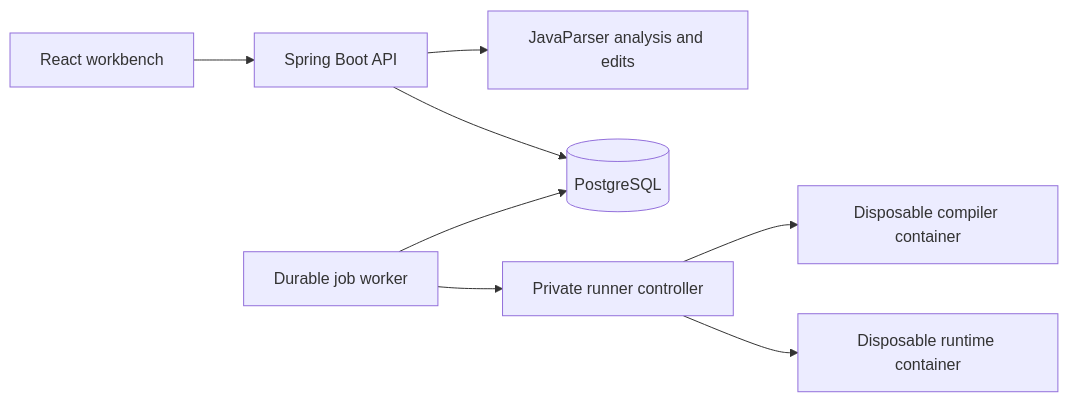
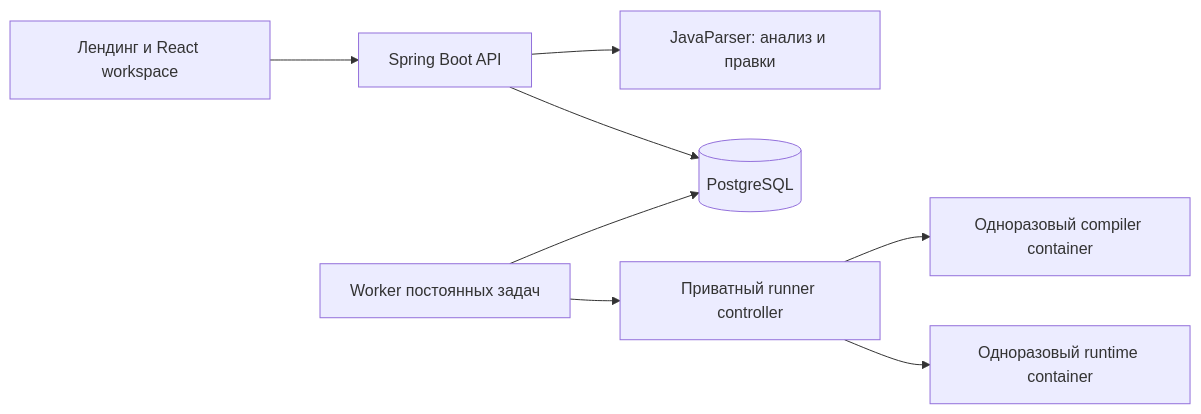
The diagram in README.md (Stepa-Karpik/hack2-axenix-), drawn with Mermaid before and after one commit. The commit also changed other lines of this file and 65 other files, not shown here.

````diff
--- a/README.md
+++ b/README.md
@@ -153,10 +217,10 @@
 ```mermaid
 flowchart LR
-    Browser[React workbench] --> API[Spring Boot API]
-    API --> Engine[JavaParser analysis and edits]
+    Browser[Лендинг и React workspace] --> API[Spring Boot API]
+    API --> Engine[JavaParser: анализ и правки]
     API --> DB[(PostgreSQL)]
-    Worker[Durable job worker] --> DB
-    Worker --> Controller[Private runner controller]
-    Controller --> Compiler[Disposable compiler container]
-    Controller --> Runtime[Disposable runtime container]
+    Worker[Worker постоянных задач] --> DB
+    Worker --> Controller[Приватный runner controller]
+    Controller --> Compiler[Одноразовый compiler container]
+    Controller --> Runtime[Одноразовый runtime container]
 ```
````
